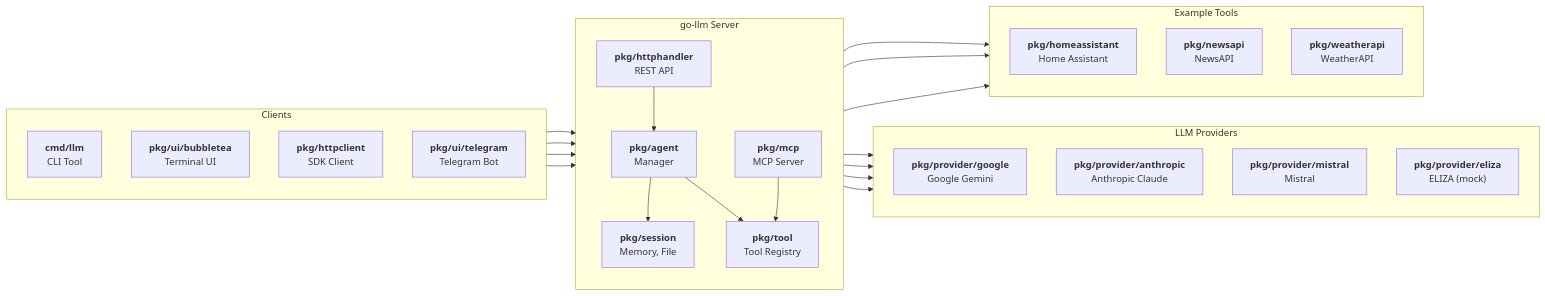
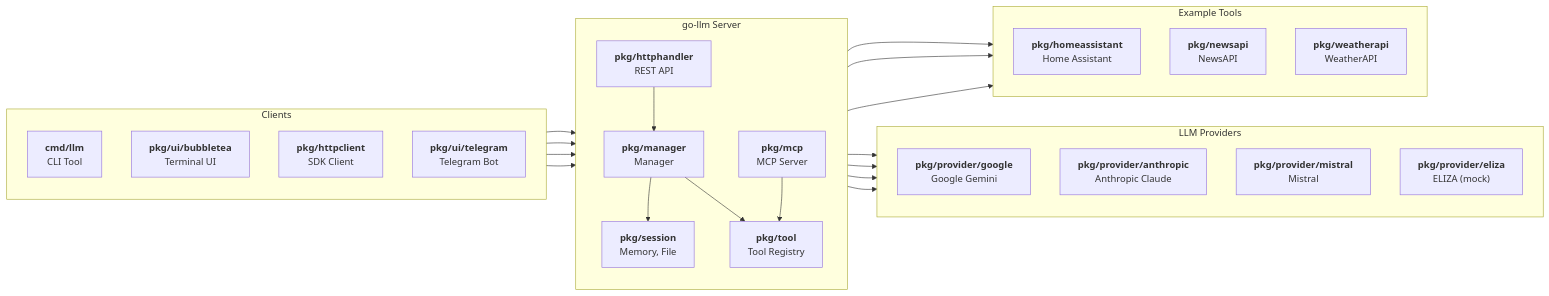
One commit to mutablelogic/go-llm changed the diagram in README.md. Above: the diagram before and after it, drawn with Mermaid. The commit also changed other lines of this file and 25 other files, not shown here.

Commit message:
Renamed pkg/agent to pkg/manager

````diff
--- a/README.md
+++ b/README.md
@@ -198,67 +198,67 @@
 ```mermaid
 %%{init: {"flowchart": {"htmlLabels": false}} }%%
 flowchart LR
     subgraph Clients["Clients"]
         direction TB
         CLI["`**cmd/llm**
         CLI Tool`"]
         TUI["`**pkg/ui/bubbletea**
         Terminal UI`"]
         SDK["`**pkg/httpclient**
         SDK Client`"]
         Telegram["`**pkg/ui/telegram**
         Telegram Bot`"]
     end
 
     subgraph Server["go-llm Server"]
         direction TB
         API["`**pkg/httphandler**
         REST API`"]
-        Agent["`**pkg/agent**
+        Agent["`**pkg/manager**
         Manager`"]
         Sessions["`**pkg/session**
         Memory, File`"]
         Tools["`**pkg/tool**
         Tool Registry`"]
         MCP["`**pkg/mcp**
         MCP Server`"]
     end
 
     subgraph Providers["LLM Providers"]
         direction TB
         Gemini["`**pkg/provider/google**
         Google Gemini`"]
         Claude["`**pkg/provider/anthropic**
         Anthropic Claude`"]
         Mistral["`**pkg/provider/mistral**
         Mistral`"]
         Eliza["`**pkg/provider/eliza**
         ELIZA (mock)`"]
     end
 
     subgraph ToolImpls["Example Tools"]
         direction TB
         HA["`**pkg/homeassistant**
         Home Assistant`"]
         News["`**pkg/newsapi**
         NewsAPI`"]
         Weather["`**pkg/weatherapi**
         WeatherAPI`"]
     end
 
     CLI --> API
     TUI --> API
     SDK --> API
     Telegram --> API
     API --> Agent
     Agent --> Sessions
     Agent --> Tools
     Agent --> Gemini
     Agent --> Claude
     Agent --> Mistral
     Agent --> Eliza
     Tools --> HA
     Tools --> News
     Tools --> Weather
     MCP --> Tools
 ```
````
